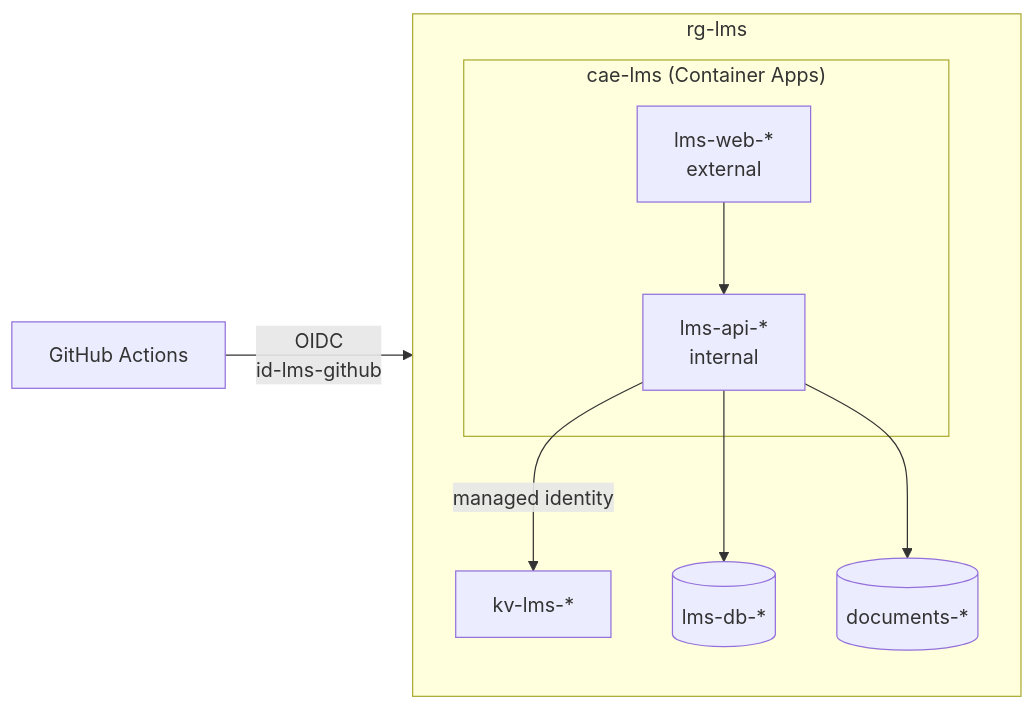
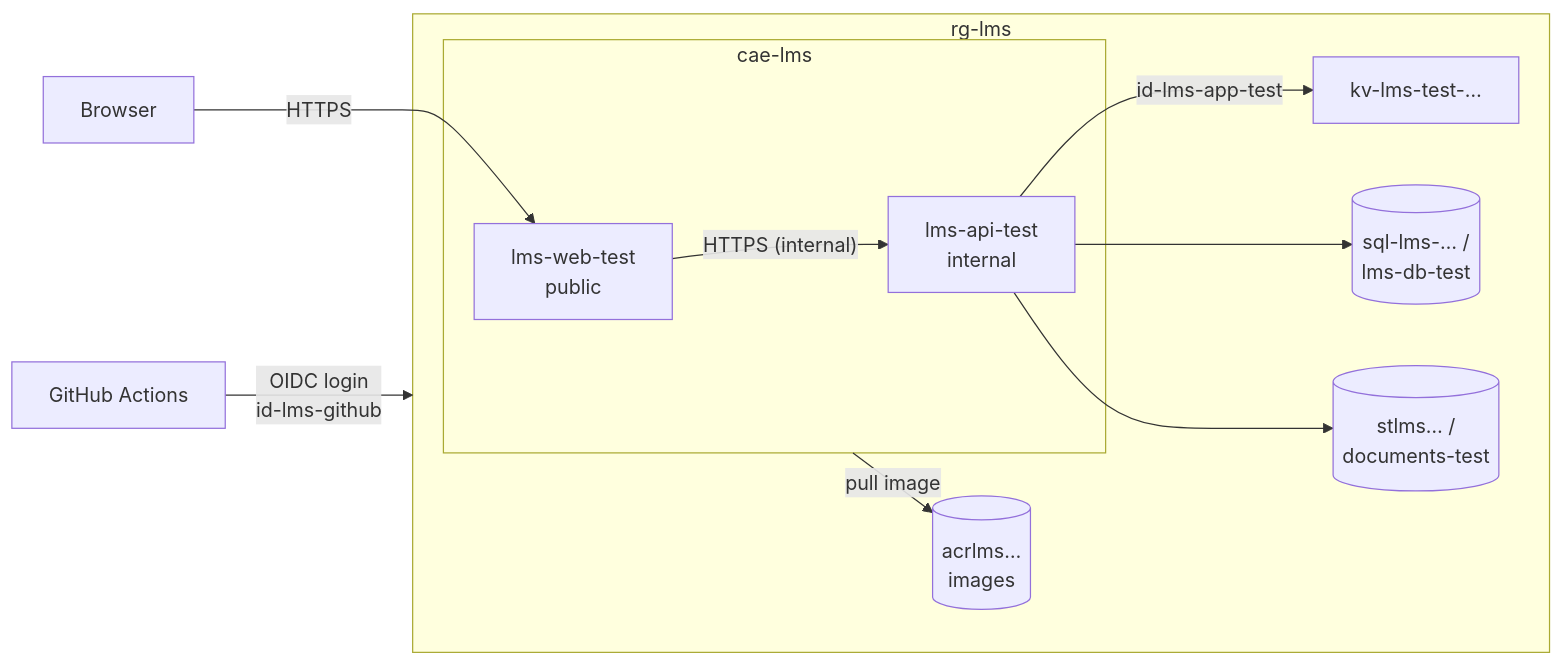
The diagram in docs/azure-setup.md (LMS-Grupp-1/LMS), drawn with Mermaid before and after one commit. The commit also changed other lines of this file and 5 other files, not shown here.

````diff
--- a/docs/azure-setup.md
+++ b/docs/azure-setup.md
@@ -11,12 +25,17 @@
 ```mermaid
 flowchart LR
-    GH["GitHub Actions"] -- "OIDC<br/>id-lms-github" --> RG
+    GH["GitHub Actions"] -- "OIDC login<br/>id-lms-github" --> RG
+
     subgraph RG["rg-lms"]
-        subgraph CAE["cae-lms (Container Apps)"]
-            WEB["lms-web-*<br/>external"] --> API["lms-api-*<br/>internal"]
+        ACR[("acrlms…<br/>images")]
+        subgraph CAE["cae-lms"]
+            WEB["lms-web-test<br/>public"] -- "HTTPS (internal)" --> API["lms-api-test<br/>internal"]
         end
-        API -- "managed identity" --> KV["kv-lms-*"]
-        API --> SQL[("lms-db-*")]
-        API --> BLOB[("documents-*")]
+        API -- "id-lms-app-test" --> KV["kv-lms-test-…"]
+        API --> SQL[("sql-lms-… /<br/>lms-db-test")]
+        API --> ST[("stlms… /<br/>documents-test")]
+        CAE -- "pull image" --> ACR
     end
+
+    USER["Browser"] -- "HTTPS" --> WEB
 ```
````
